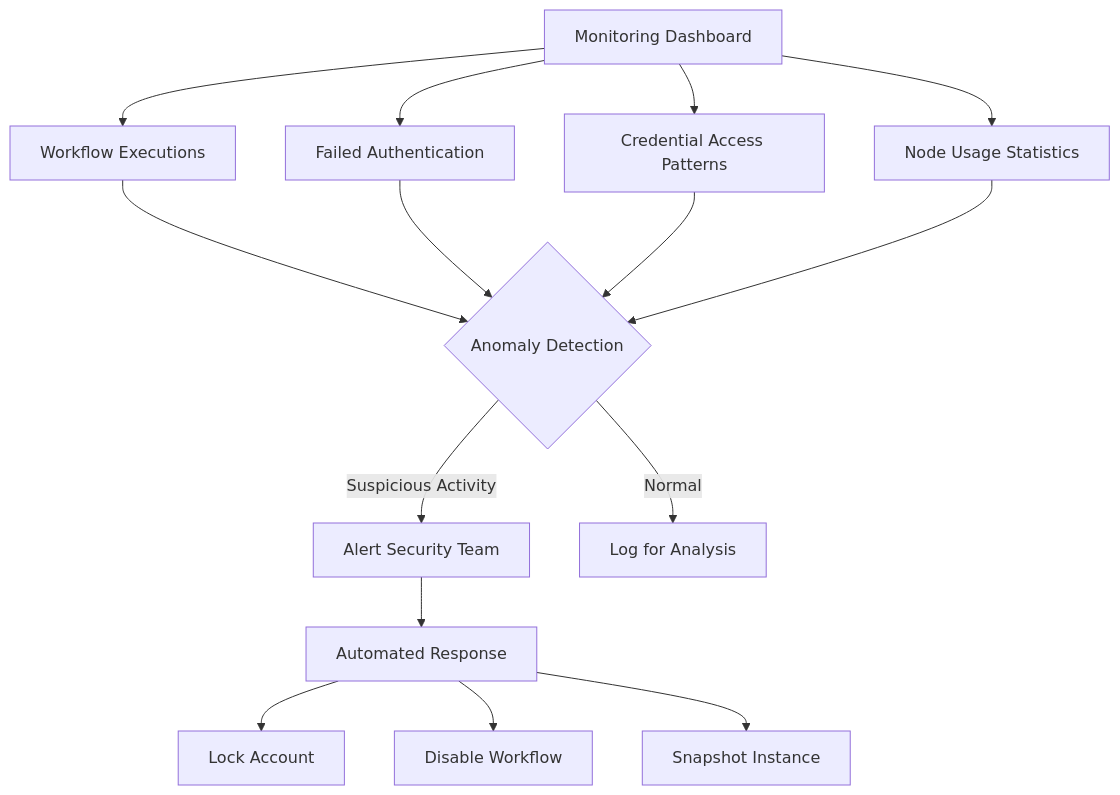
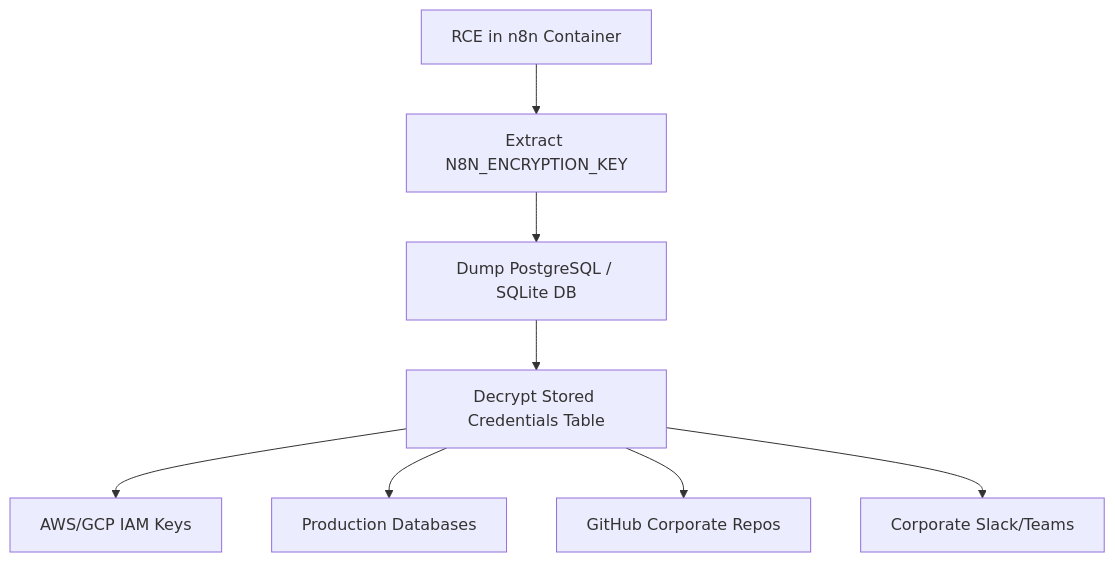
The fourth of 4 diagrams in News/Security/10.0_CVE_n8n-vulnerability.md (rsrini7/Learnings), drawn with Mermaid before and after one commit. The commit also changed other lines of this file and 14 other files, not shown here.

Commit message:
docs(security): add security diagrams and update Notepad++ references

````diff
--- a/News/Security/10.0_CVE_n8n-vulnerability.md
+++ b/News/Security/10.0_CVE_n8n-vulnerability.md
@@ -599,20 +391,10 @@
 ```mermaid
 graph TD
-    A["Monitoring Dashboard"] --> B["Workflow Executions"]
-    A --> C["Failed Authentication"]
-    A --> D["Credential Access Patterns"]
-    A --> E["Node Usage Statistics"]
-    
-    B --> F{"Anomaly Detection"}
-    C --> F
-    D --> F
-    E --> F
-    
-    F -->|"Suspicious Activity"| G["Alert Security Team"]
-    F -->|"Normal"| H["Log for Analysis"]
-    
-    G --> I["Automated Response"]
-    I --> J["Lock Account"]
-    I --> K["Disable Workflow"]
-    I --> L["Snapshot Instance"]
+    A["RCE in n8n Container"] --> B["Extract N8N_ENCRYPTION_KEY"]
+    B --> C["Dump PostgreSQL / SQLite DB"]
+    C --> D["Decrypt Stored Credentials Table"]
+    D --> E["AWS/GCP IAM Keys"]
+    D --> F["Production Databases"]
+    D --> G["GitHub Corporate Repos"]
+    D --> H["Corporate Slack/Teams"]
 ```
````
